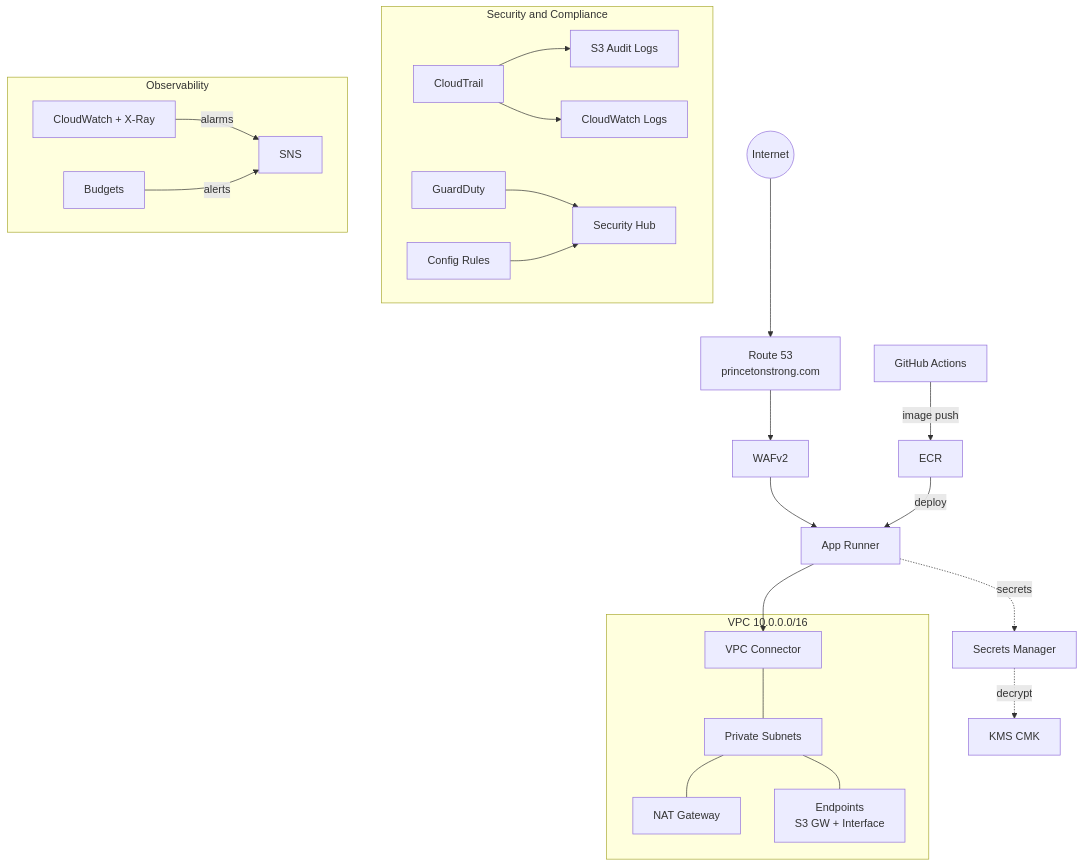
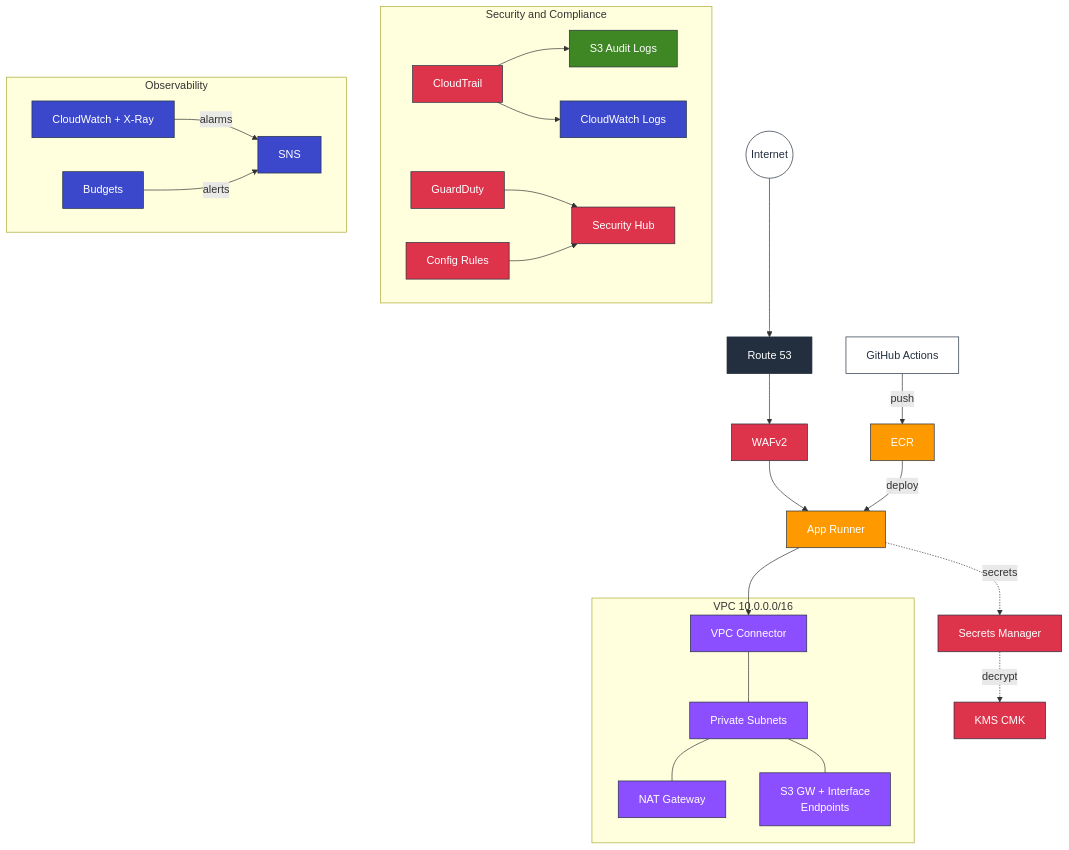
The first of 3 diagrams in README.md (borninthedark/witness), drawn with Mermaid before and after one commit. The commit also changed other lines of this file and 2 other files, not shown here.

````diff
--- a/README.md
+++ b/README.md
@@ -58,27 +58,36 @@
 ```mermaid
 graph TD
-    USER(("Internet")) --> R53["Route 53<br/>princetonstrong.com"]
-    R53 --> WAF["WAFv2"] --> AR["App Runner"]
-    GH["GitHub Actions"] -->|image push| ECR["ECR"] -->|deploy| AR
+    classDef edge fill:#232F3E,stroke:#232F3E,color:#fff
+    classDef compute fill:#FF9900,stroke:#232F3E,color:#fff
+    classDef network fill:#8C4FFF,stroke:#232F3E,color:#fff
+    classDef security fill:#DD344C,stroke:#232F3E,color:#fff
+    classDef observe fill:#3B48CC,stroke:#232F3E,color:#fff
+    classDef storage fill:#3F8624,stroke:#232F3E,color:#fff
+    classDef external fill:#fff,stroke:#232F3E,color:#232F3E
 
-    AR --> VC["VPC Connector"]
+    USER(("Internet")):::external --> R53["Route 53"]:::edge
+    R53 --> WAF["WAFv2"]:::security --> AR["App Runner"]:::compute
+    GH["GitHub Actions"]:::external -->|push| ECR["ECR"]:::compute -->|deploy| AR
+
+    AR --> VC["VPC Connector"]:::network
     subgraph VPC["VPC 10.0.0.0/16"]
-        VC --- PS["Private Subnets"]
-        PS --- NAT["NAT Gateway"]
-        PS --- EP["Endpoints<br/>S3 GW + Interface"]
+        VC --- PS["Private Subnets"]:::network
+        PS --- NAT["NAT Gateway"]:::network
+        PS --- EP["S3 GW + Interface<br/>Endpoints"]:::network
     end
 
-    AR -.->|secrets| SM["Secrets Manager"] -.->|decrypt| KMS["KMS CMK"]
+    AR -.->|secrets| SM["Secrets Manager"]:::security
+    SM -.->|decrypt| KMS["KMS CMK"]:::security
 
-    subgraph security["Security and Compliance"]
-        CT["CloudTrail"] --> S3L["S3 Audit Logs"]
-        CT --> CWL["CloudWatch Logs"]
-        GD["GuardDuty"] --> SH["Security Hub"]
-        CFG["Config Rules"] --> SH
+    subgraph sec["Security and Compliance"]
+        CT["CloudTrail"]:::security --> S3L["S3 Audit Logs"]:::storage
+        CT --> CWL["CloudWatch Logs"]:::observe
+        GD["GuardDuty"]:::security --> SH["Security Hub"]:::security
+        CFG["Config Rules"]:::security --> SH
     end
 
-    subgraph observe["Observability"]
-        CW["CloudWatch + X-Ray"] -->|alarms| SNS["SNS"]
-        BUD["Budgets"] -->|alerts| SNS
+    subgraph obs["Observability"]
+        CW["CloudWatch + X-Ray"]:::observe -->|alarms| SNS["SNS"]:::observe
+        BUD["Budgets"]:::observe -->|alerts| SNS
     end
 ```
````
